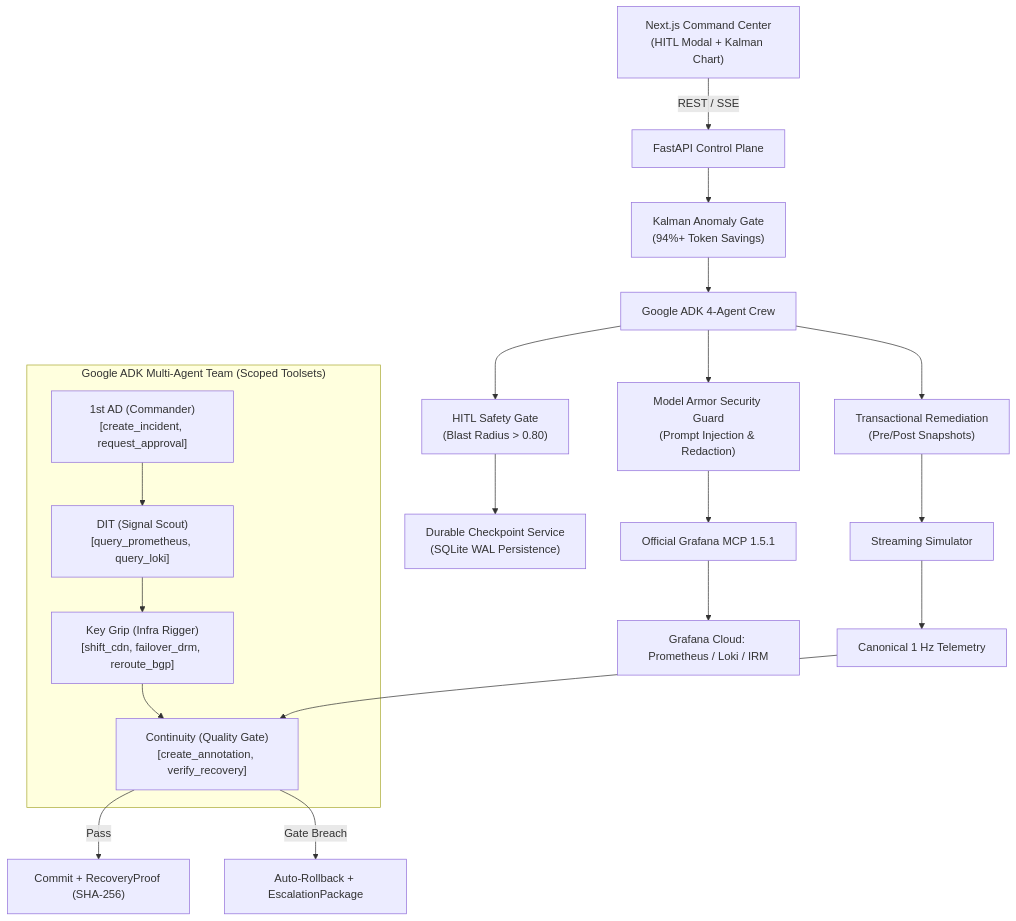
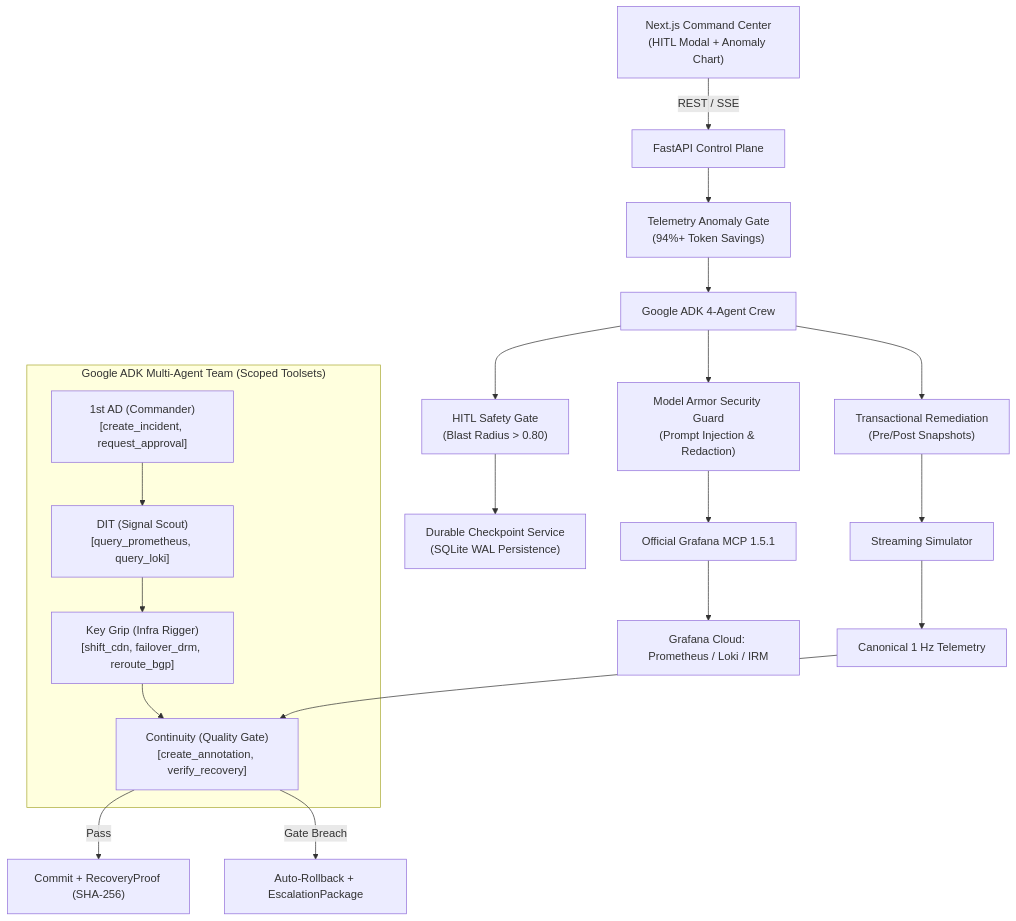
The diagram in README.md (bobybarack/continuity-sre), drawn with Mermaid before and after one commit. The commit also changed other lines of this file and 9 other files, not shown here.

````diff
--- a/README.md
+++ b/README.md
@@ -38,27 +38,27 @@
 ```mermaid
 flowchart TD
-    UI["Next.js Command Center\n(HITL Modal + Kalman Chart)"] -->|"REST / SSE"| API["FastAPI Control Plane"]
-    API --> GATE["Kalman Anomaly Gate\n(94%+ Token Savings)"]
+    UI["Next.js Command Center\n(HITL Modal + Anomaly Chart)"] -->|"REST / SSE"| API["FastAPI Control Plane"]
+    API --> GATE["Telemetry Anomaly Gate\n(94%+ Token Savings)"]
     GATE --> CREW["Google ADK 4-Agent Crew"]
     
     subgraph ADK_CREW ["Google ADK Multi-Agent Team (Scoped Toolsets)"]
         AD["1st AD (Commander)\n[create_incident, request_approval]"] --> DIT["DIT (Signal Scout)\n[query_prometheus, query_loki]"]
         DIT --> GRIP["Key Grip (Infra Rigger)\n[shift_cdn, failover_drm, reroute_bgp]"]
         GRIP --> CONT["Continuity (Quality Gate)\n[create_annotation, verify_recovery]"]
     end
     
     CREW --> SHIELD["Model Armor Security Guard\n(Prompt Injection & Redaction)"]
     SHIELD --> MCP["Official Grafana MCP 1.5.1"]
     MCP --> GRAFANA["Grafana Cloud: Prometheus / Loki / IRM"]
     
     CREW --> HITL["HITL Safety Gate\n(Blast Radius > 0.80)"]
     HITL --> CP["Durable Checkpoint Service\n(SQLite WAL Persistence)"]
     
     CREW --> TX["Transactional Remediation\n(Pre/Post Snapshots)"]
     TX --> SIM["Streaming Simulator"]
     SIM --> TEL["Canonical 1 Hz Telemetry"]
     TEL --> CONT
     
     CONT -->|"Pass"| PROOF["Commit + RecoveryProof (SHA-256)"]
     CONT -->|"Gate Breach"| ROLLBACK["Auto-Rollback + EscalationPackage"]
 ```
````
